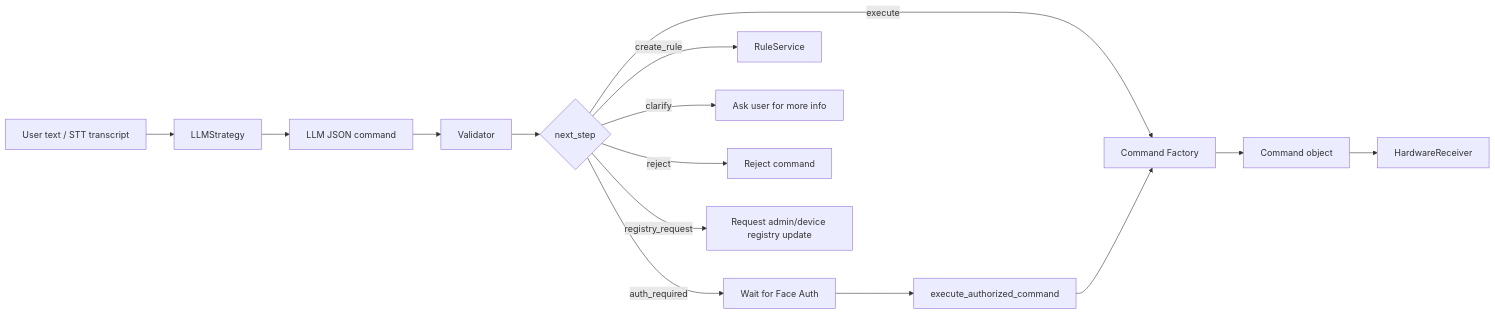
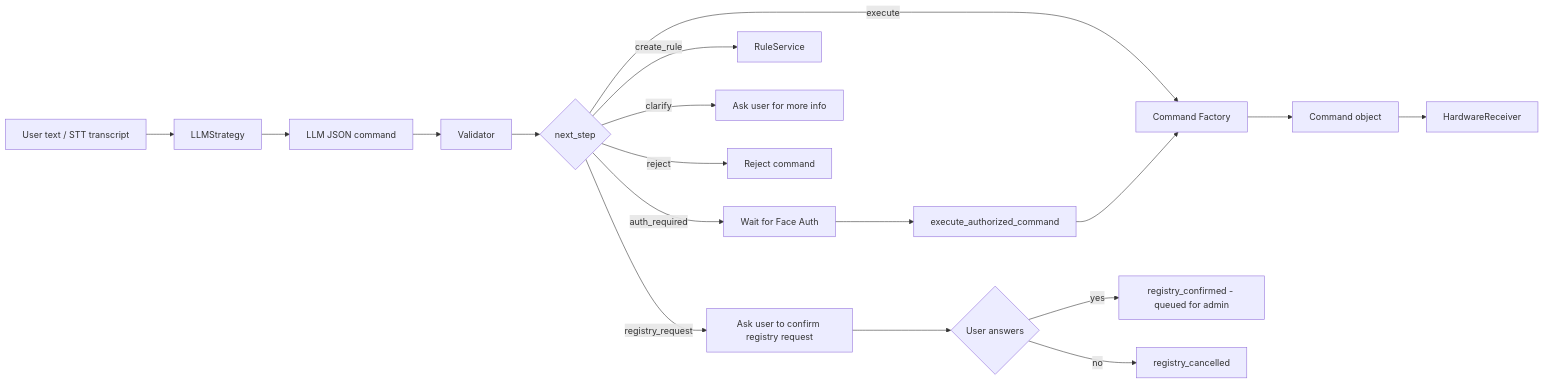
Before and after one commit to CoDa-git19/YoloHome-AIoT: the diagram in docs/LLM-Command-Strategy-Overview.md, drawn with Mermaid. The commit also changed other lines of this file and 12 other files, not shown here.

````diff
--- a/docs/LLM-Command-Strategy-Overview.md
+++ b/docs/LLM-Command-Strategy-Overview.md
@@ -9,20 +9,23 @@
 ```mermaid
 flowchart LR
     A[User text / STT transcript] --> B[LLMStrategy]
     B --> C[LLM JSON command]
     C --> D[Validator]
     D --> E{next_step}
 
     E -->|execute| F[Command Factory]
     F --> G[Command object]
     G --> H[HardwareReceiver]
 
     E -->|auth_required| I[Wait for Face Auth]
     I --> J[execute_authorized_command]
     J --> F
 
     E -->|create_rule| K[RuleService]
     E -->|clarify| L[Ask user for more info]
     E -->|reject| M[Reject command]
-    E -->|registry_request| N[Request admin/device registry update]
+    E -->|registry_request| N[Ask user to confirm registry request]
+    N --> O{User answers}
+    O -->|yes| P[registry_confirmed - queued for admin]
+    O -->|no| Q[registry_cancelled]
 ```
````
